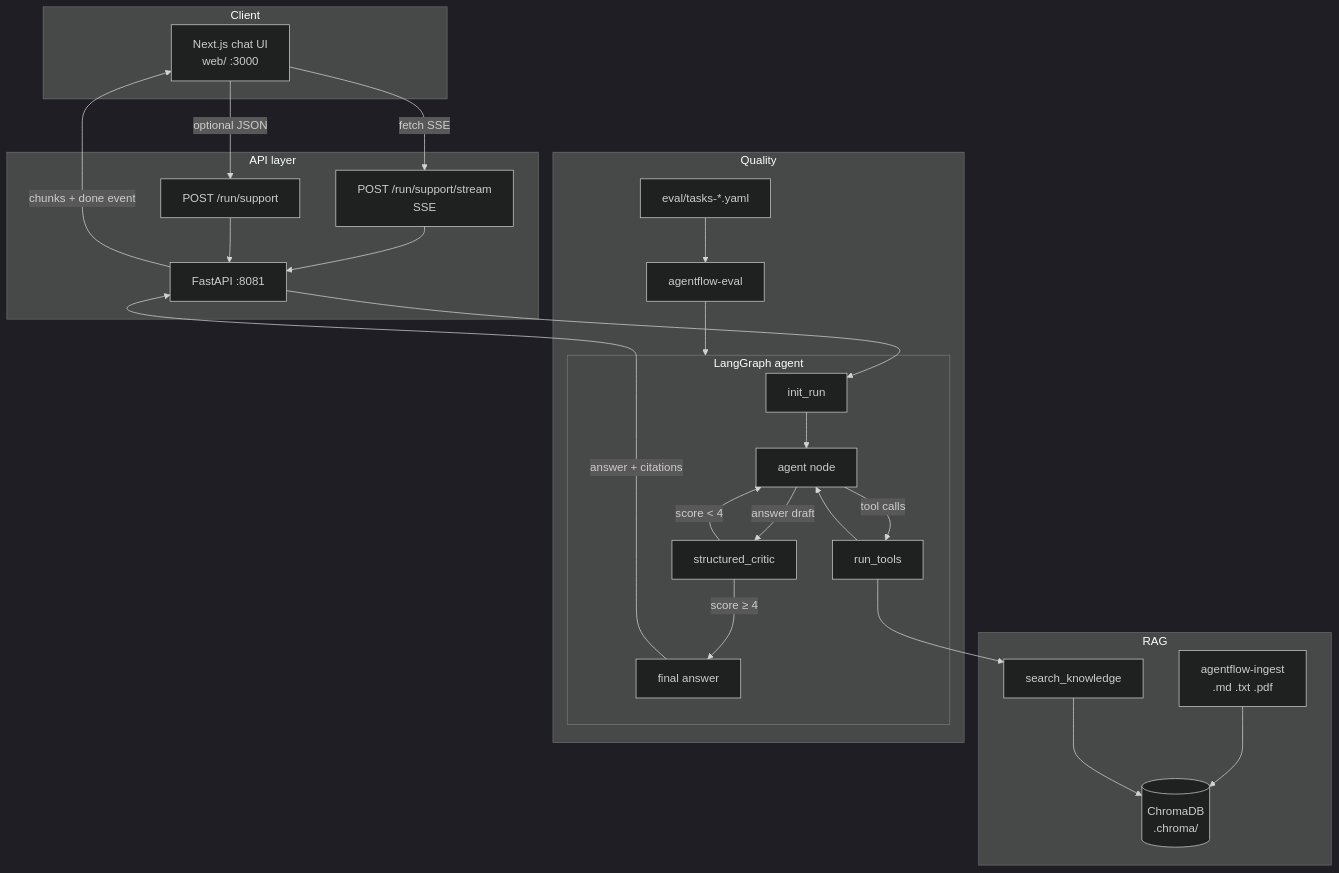
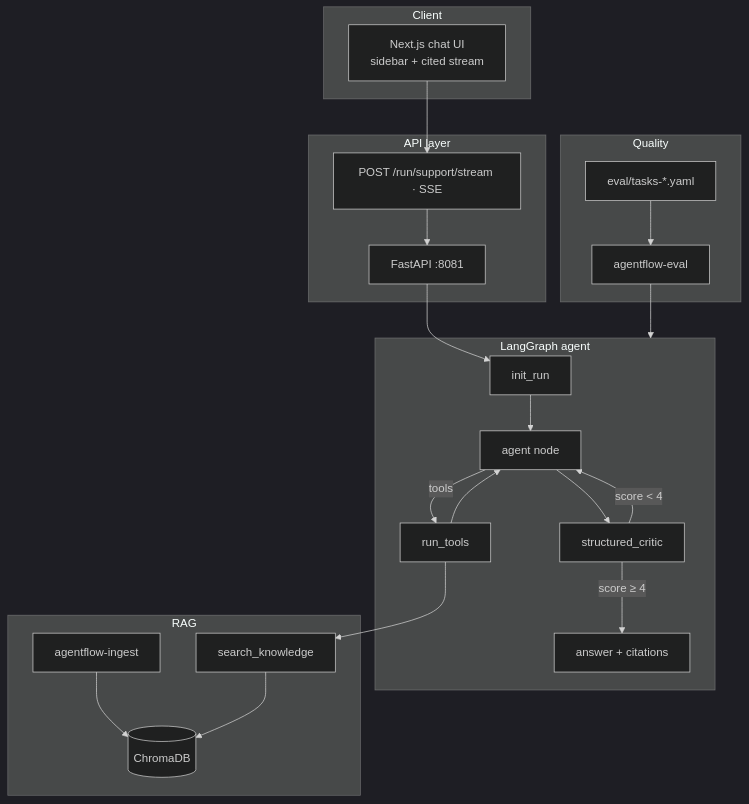
Before and after one commit to 0xrameshh/agentflow: the diagram in README.md, drawn with Mermaid (dark theme). The commit also changed other lines of this file and 17 other files, not shown here.

````diff
--- a/README.md
+++ b/README.md
@@ -86,48 +72,31 @@
 ```mermaid
 flowchart TB
     subgraph client ["Client"]
-        UI["Next.js chat UI<br/>web/ :3000"]
+        UI["Next.js chat UI<br/>sidebar + cited stream"]
     end
 
     subgraph api ["API layer"]
         FastAPI["FastAPI :8081"]
-        Stream["POST /run/support/stream<br/>SSE"]
-        Support["POST /run/support"]
+        Stream["POST /run/support/stream · SSE"]
     end
 
     subgraph agent ["LangGraph agent"]
-        Init["init_run"]
-        LLM["agent node"]
-        Tools["run_tools"]
-        Critic["structured_critic"]
-        Init --> LLM
-        LLM -->|tool calls| Tools --> LLM
-        LLM -->|answer draft| Critic
-        Critic -->|score &lt; 4| LLM
-        Critic -->|score ≥ 4| Done["final answer"]
+        Init["init_run"] --> LLM["agent node"]
+        LLM -->|tools| Tools["run_tools"] --> LLM
+        LLM --> Critic["structured_critic"]
+        Critic -->|score < 4| LLM
+        Critic -->|score ≥ 4| Done["answer + citations"]
     end
 
     subgraph rag ["RAG"]
-        Ingest["agentflow-ingest<br/>.md .txt .pdf"]
-        Chroma[("ChromaDB<br/>.chroma/")]
-        Search["search_knowledge"]
-        Ingest --> Chroma
-        Search --> Chroma
+        Ingest["agentflow-ingest"] --> Chroma[("ChromaDB")]
+        Tools --> Search["search_knowledge"] --> Chroma
     end
 
     subgraph eval ["Quality"]
-        YAML["eval/tasks-*.yaml"]
-        Runner["agentflow-eval"]
-        YAML --> Runner
-        Runner --> agent
+        YAML["eval/tasks-*.yaml"] --> Runner["agentflow-eval"]
     end
 
-    UI -->|fetch SSE| Stream
-    UI -->|optional JSON| Support
-    Stream --> FastAPI
-    Support --> FastAPI
-    FastAPI --> Init
-    Tools --> Search
-    Done -->|answer + citations| FastAPI
-    FastAPI -->|chunks + done event| UI
+    UI --> Stream --> FastAPI --> Init
+    Runner --> agent
 ```
````
